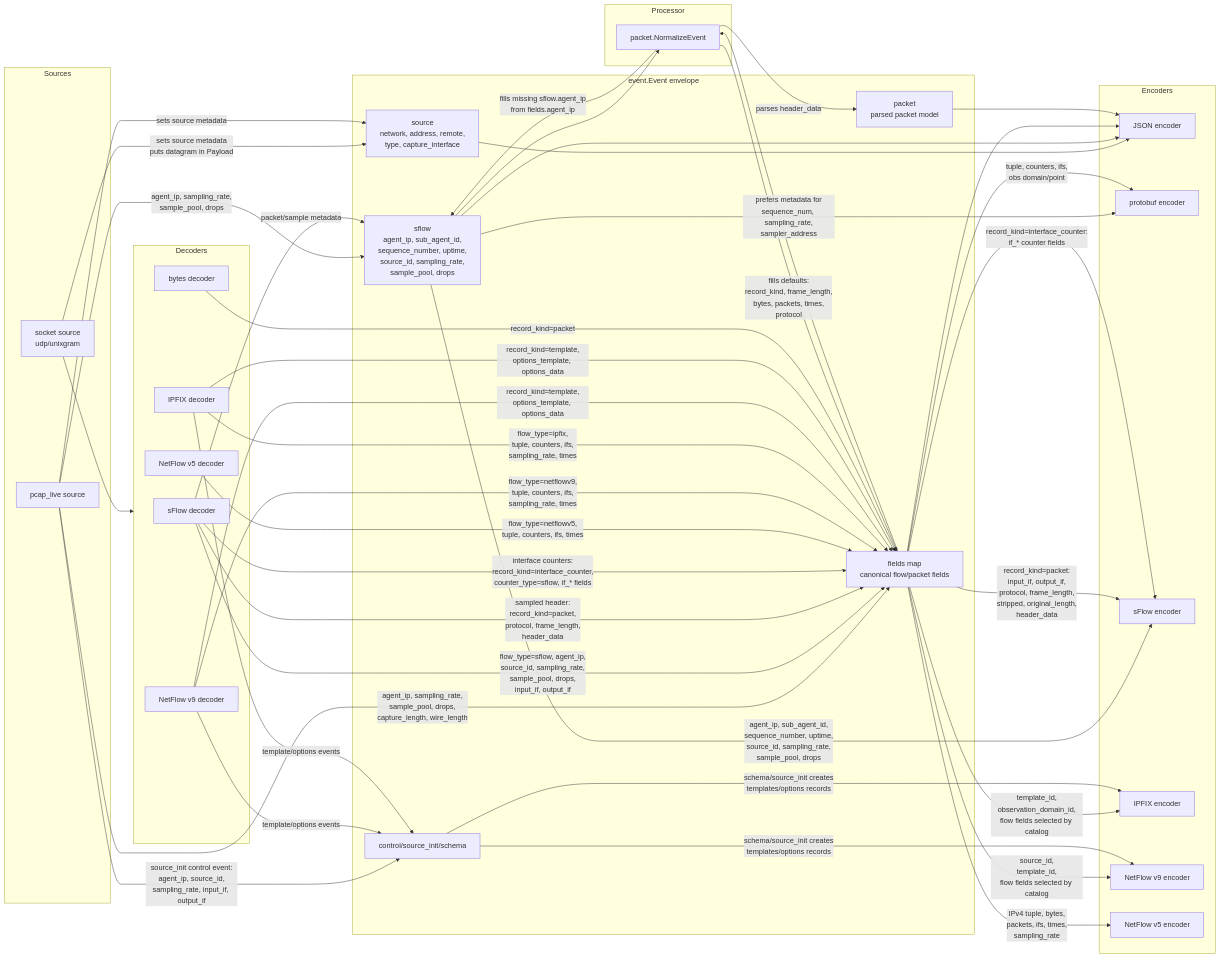
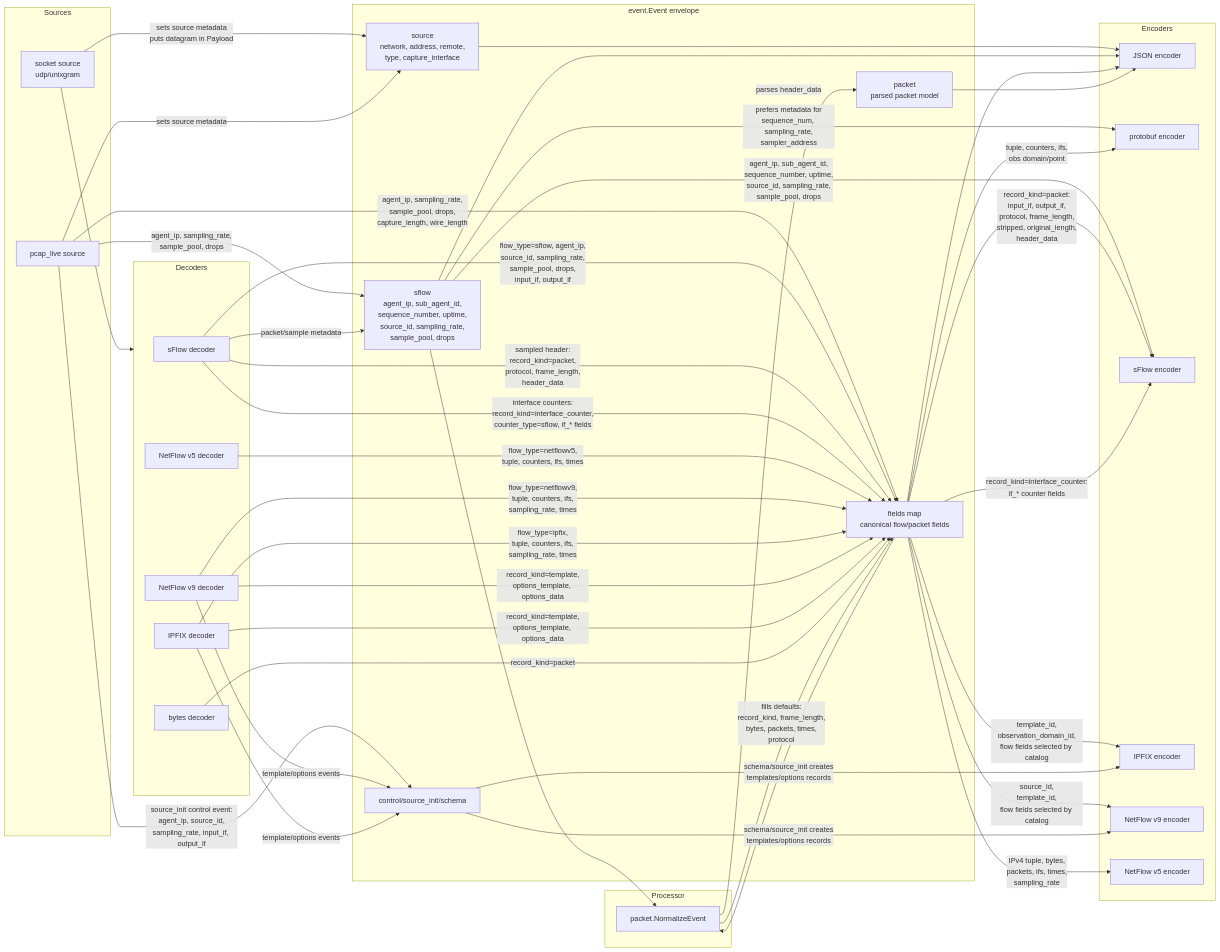
Before and after one commit to netsampler/goflow2: the diagram in docs/reflow-event-metadata.md, drawn with Mermaid. The commit also changed other lines of this file and 1 other file, not shown here.

```diff
--- a/docs/reflow-event-metadata.md
+++ b/docs/reflow-event-metadata.md
@@ -58,7 +58,6 @@
   SFlowMeta --> Normalize
   Normalize -->|"fills defaults:\nrecord_kind, frame_length,\nbytes, packets, times,\nprotocol"| Fields
   Normalize -->|"parses header_data"| Packet
-  Normalize -->|"fills missing sflow.agent_ip\nfrom fields.agent_ip"| SFlowMeta
 
   subgraph Encoders
     JSONEnc["JSON encoder"]
```
